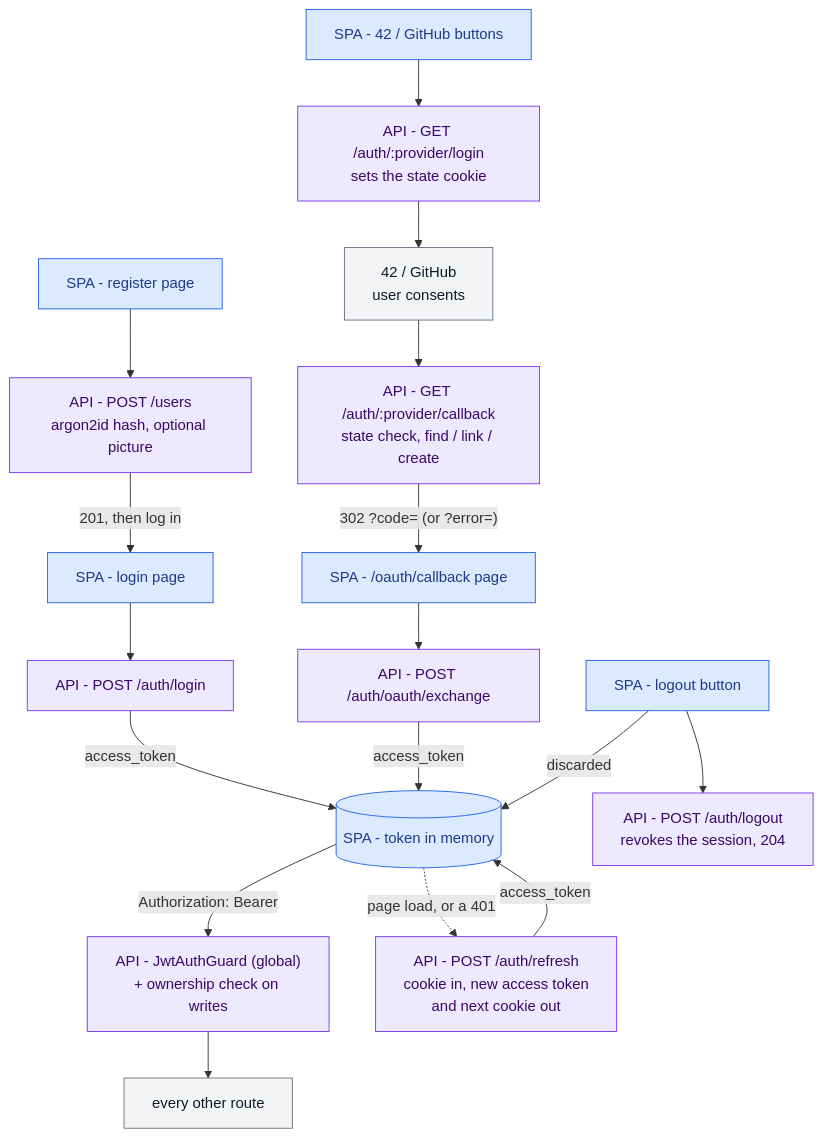
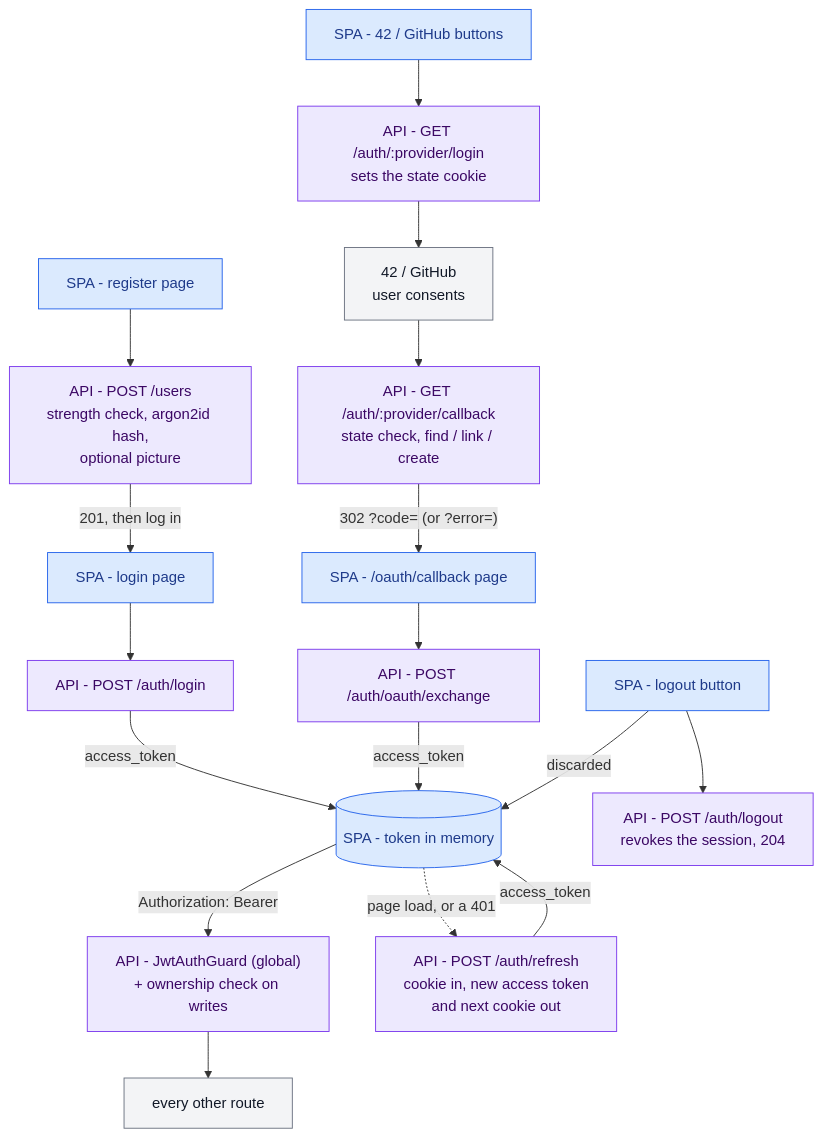
One commit to kidp8479/42_hypertube changed the first of 16 diagrams in docs/diagrams/auth.md. Above: the diagram before and after it, drawn with Mermaid. The commit also changed other lines of this file and 4 other files, not shown here.

````diff
--- a/docs/diagrams/auth.md
+++ b/docs/diagrams/auth.md
@@ -20,29 +20,29 @@
 ```mermaid
 flowchart TD
-    reg["SPA - register page"] --> postUsers["API - POST /users<br/>argon2id hash, optional picture"]
+    reg["SPA - register page"] --> postUsers["API - POST /users<br/>strength check, argon2id hash,<br/>optional picture"]
     postUsers -- "201, then log in" --> login["SPA - login page"]
     login --> postLogin["API - POST /auth/login"]
 
     btns["SPA - 42 / GitHub buttons"] --> oLogin["API - GET /auth/:provider/login<br/>sets the state cookie"]
     oLogin --> prov["42 / GitHub<br/>user consents"]
     prov --> oCb["API - GET /auth/:provider/callback<br/>state check, find / link / create"]
     oCb -- "302 ?code= (or ?error=)" --> cbpage["SPA - /oauth/callback page"]
     cbpage --> exch["API - POST /auth/oauth/exchange"]
 
     postLogin -- "access_token" --> token[("SPA - token in memory")]
     exch -- "access_token" --> token
     token -- "Authorization: Bearer" --> jwt["API - JwtAuthGuard (global)<br/>+ ownership check on writes"]
     jwt --> routes["every other route"]
     token -. "page load, or a 401" .-> refresh["API - POST /auth/refresh<br/>cookie in, new access token<br/>and next cookie out"]
     refresh -- "access_token" --> token
 
     out["SPA - logout button"] --> postLogout["API - POST /auth/logout<br/>revokes the session, 204"]
     out -- "discarded" --> token
 
     classDef spa fill:#dbeafe,stroke:#2563eb,color:#1e3a8a
     classDef api fill:#ede9fe,stroke:#7c3aed,color:#3b0764
     classDef ext fill:#f3f4f6,stroke:#6b7280,color:#111827
     class reg,login,btns,cbpage,token,out spa
     class postUsers,postLogin,oLogin,oCb,exch,jwt,postLogout,refresh api
     class prov,routes ext
 ```
````
